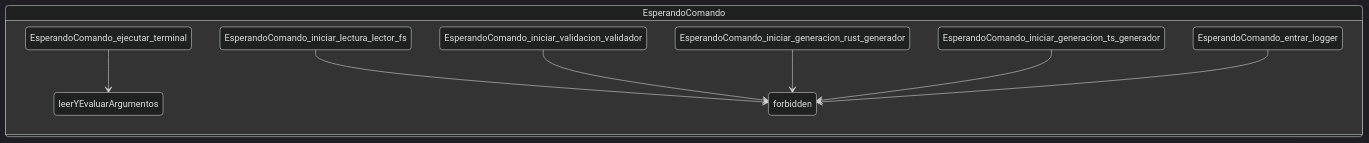
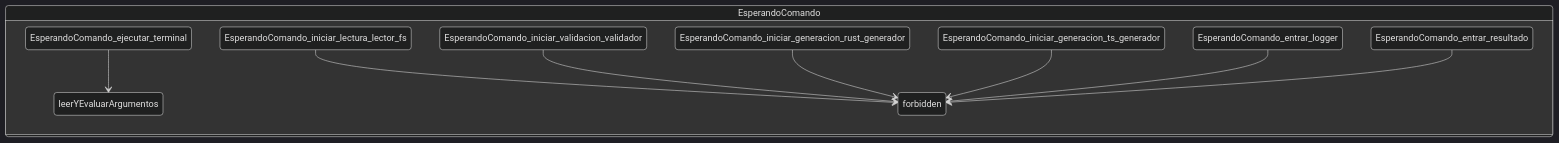
Before and after one commit to cepeche/Trenza-DSL: the second of 8 diagrams in spec/reference/trenza-cli/generated/CLI_Trenza_viz.md, drawn with Mermaid (dark theme). The commit also changed other lines of this file and 11 other files, not shown here.

````diff
--- a/spec/reference/trenza-cli/generated/CLI_Trenza_viz.md
+++ b/spec/reference/trenza-cli/generated/CLI_Trenza_viz.md
@@ -26,13 +26,14 @@
 ```mermaid
 stateDiagram-v2
 
     state EsperandoComando {
         EsperandoComando_ejecutar_terminal --> leerYEvaluarArgumentos
         EsperandoComando_iniciar_lectura_lector_fs --> forbidden
         EsperandoComando_iniciar_validacion_validador --> forbidden
         EsperandoComando_iniciar_generacion_rust_generador --> forbidden
         EsperandoComando_iniciar_generacion_ts_generador --> forbidden
         EsperandoComando_entrar_logger --> forbidden
+        EsperandoComando_entrar_resultado --> forbidden
     }
 
 ```
````
